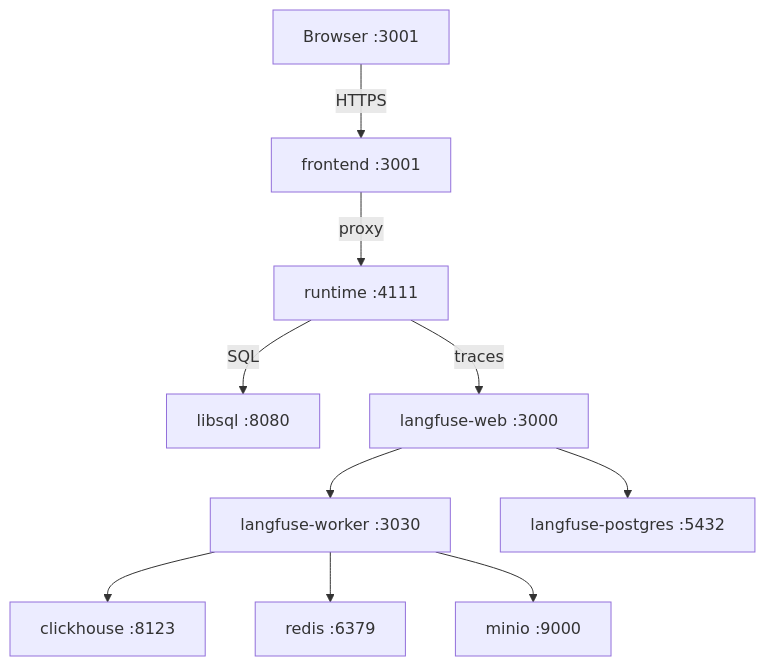
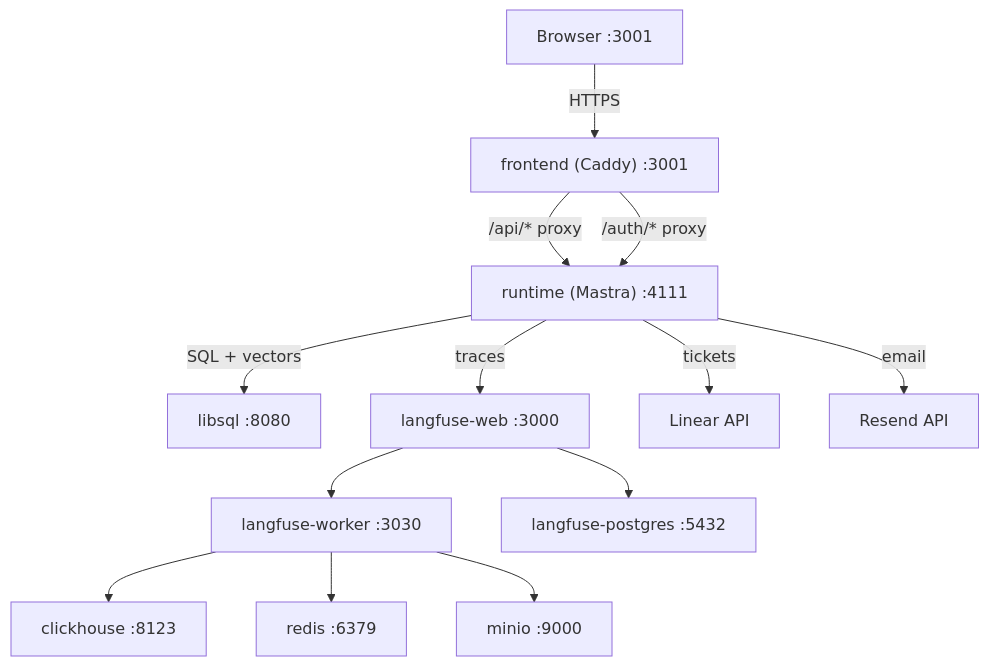
The diagram in README.md (Agentic-Engineering-Agency/triage), drawn with Mermaid before and after one commit. The commit also changed other lines of this file and 1 other file, not shown here.

````diff
--- a/README.md
+++ b/README.md
@@ -9,12 +17,15 @@
 ```mermaid
 graph TD
-    Browser["Browser :3001"] -->|HTTPS| frontend["frontend :3001"]
-    frontend -->|proxy| runtime["runtime :4111"]
-    runtime -->|SQL| libsql["libsql :8080"]
+    Browser["Browser :3001"] -->|HTTPS| frontend["frontend (Caddy) :3001"]
+    frontend -->|/api/* proxy| runtime["runtime (Mastra) :4111"]
+    frontend -->|/auth/* proxy| runtime
+    runtime -->|SQL + vectors| libsql["libsql :8080"]
     runtime -->|traces| langfuse-web["langfuse-web :3000"]
+    runtime -->|tickets| linear["Linear API"]
+    runtime -->|email| resend["Resend API"]
     langfuse-web --> langfuse-worker["langfuse-worker :3030"]
     langfuse-worker --> clickhouse["clickhouse :8123"]
     langfuse-worker --> redis["redis :6379"]
     langfuse-worker --> minio["minio :9000"]
     langfuse-web --> langfuse-postgres["langfuse-postgres :5432"]
 ```
````
